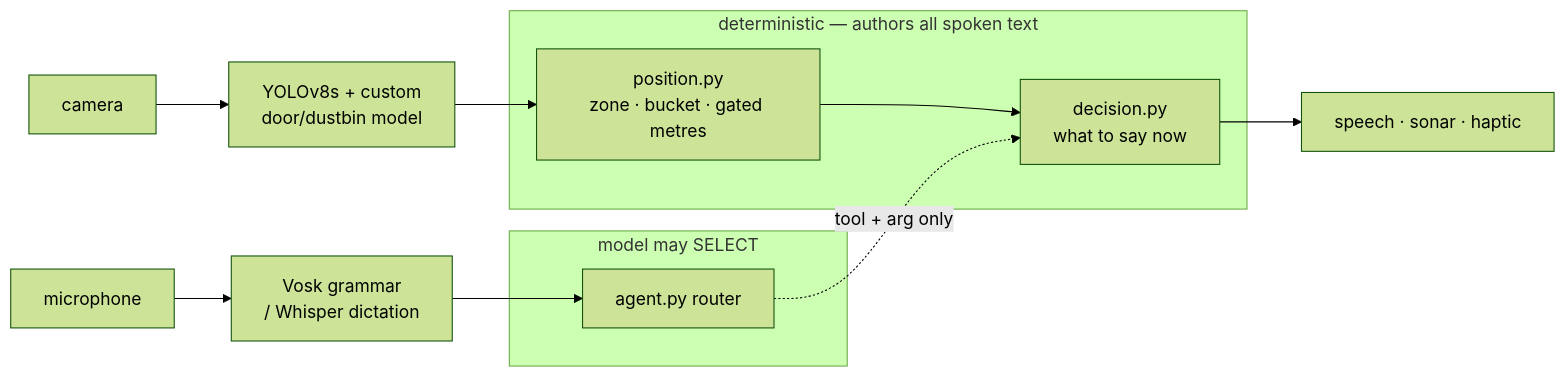
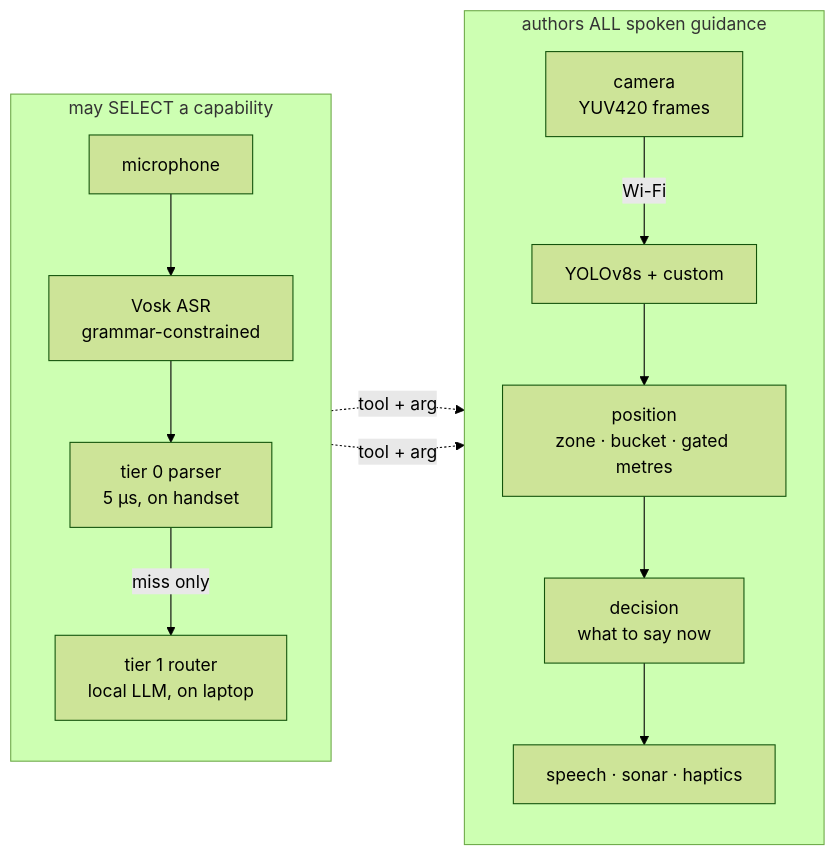
One commit to Aditya17-bot/object_detection_blind changed the first of 2 diagrams in paper/PAPER.md. Above: the diagram before and after it, drawn with Mermaid (forest theme). The commit also changed other lines of this file and 6 other files, not shown here.

````diff
--- a/paper/PAPER.md
+++ b/paper/PAPER.md
@@ -832,19 +956,18 @@
 ```mermaid
 flowchart LR
-    CAM["camera"] --> DET["YOLOv8s + custom<br/>door/dustbin model"]
-    DET --> POS["position.py<br/>zone · bucket · gated metres"]
-    POS --> DEC["decision.py<br/>what to say now"]
-    DEC --> OUT["speech · sonar · haptic"]
-
-    MIC["microphone"] --> ASR["Vosk grammar<br/>/ Whisper dictation"]
-    ASR --> RT["agent.py router"]
-    RT -.->|"tool + arg only"| DEC
-
-    subgraph untrusted["model may SELECT"]
-      RT
+    subgraph untrusted["may SELECT a capability"]
+      direction TB
+      MIC["microphone"] --> ASR["Vosk ASR<br/>grammar-constrained"]
+      ASR --> T0["tier 0 parser<br/>5 µs, on handset"]
+      T0 -->|"miss only"| T1["tier 1 router<br/>local LLM, on laptop"]
     end
-    subgraph trusted["deterministic — authors all spoken text"]
-      POS
-      DEC
+    subgraph trusted["authors ALL spoken guidance"]
+      direction TB
+      CAM["camera<br/>YUV420 frames"] -->|"Wi-Fi"| DET["YOLOv8s + custom"]
+      DET --> POS["position<br/>zone · bucket · gated metres"]
+      POS --> DEC["decision<br/>what to say now"]
+      DEC --> OUT["speech · sonar · haptics"]
     end
+    T0 -.->|"tool + arg"| DEC
+    T1 -.->|"tool + arg"| DEC
 ```
````
